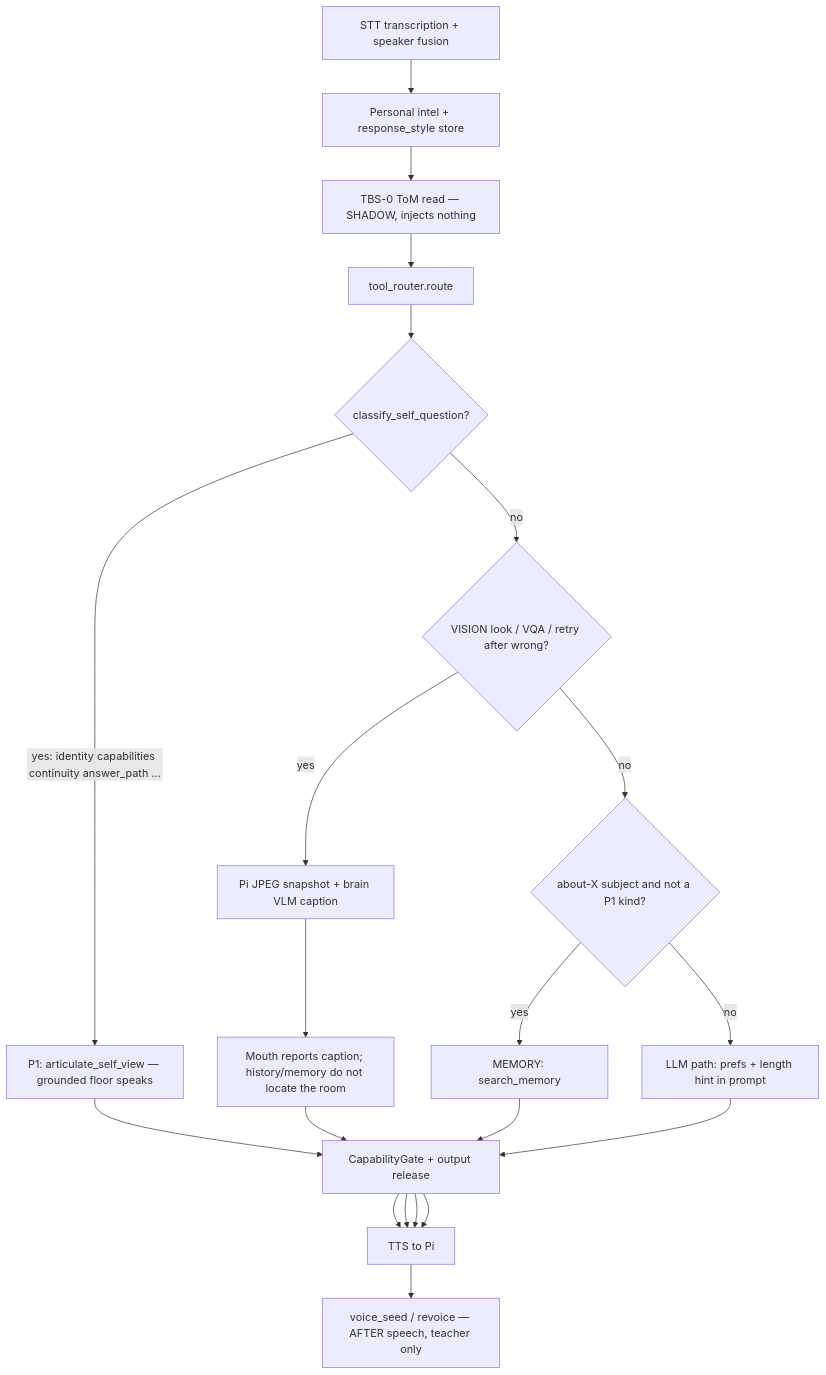
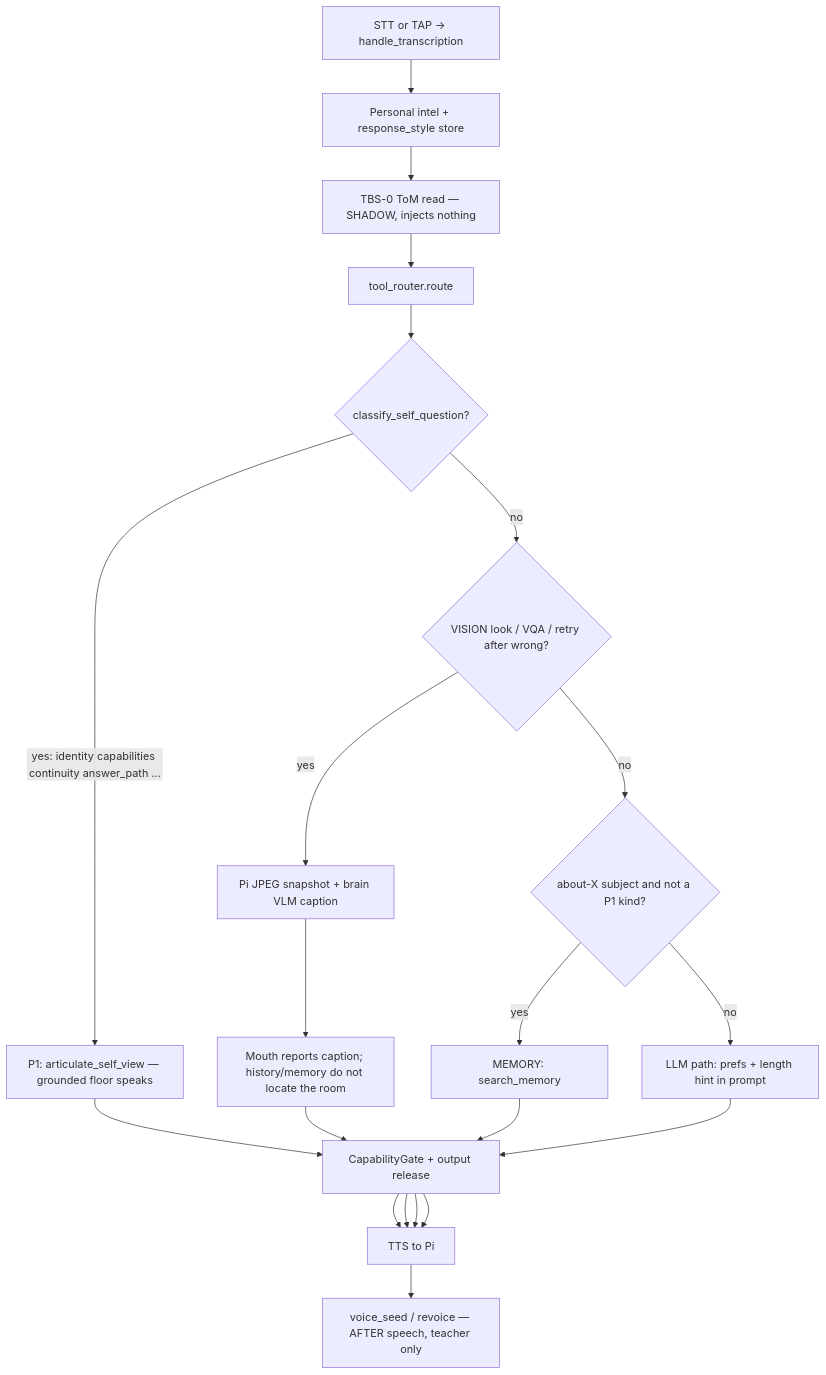
One commit to Nimdy/jarvis-oracle-edition changed the second of 4 diagrams in docs/AGENT_MAP.md. Above: the diagram before and after it, drawn with Mermaid. The commit also changed other lines of this file and 48 other files, not shown here.

````diff
--- a/docs/AGENT_MAP.md
+++ b/docs/AGENT_MAP.md
@@ -57,30 +70,30 @@
 ```mermaid
 flowchart TD
-  stt[STT transcription + speaker fusion]
+  stt["STT or TAP → handle_transcription"]
   intel[Personal intel + response_style store]
   tbs["TBS-0 ToM read — SHADOW, injects nothing"]
   router[tool_router.route]
   p1{classify_self_question?}
   vis{VISION look / VQA / retry after wrong?}
   about{about-X subject and not a P1 kind?}
   osv[P1: articulate_self_view — grounded floor speaks]
   eyes["Pi JPEG snapshot + brain VLM caption"]
   visSpeak[Mouth reports caption; history/memory do not locate the room]
   mem[MEMORY: search_memory]
   llm[LLM path: prefs + length hint in prompt]
   gate[CapabilityGate + output release]
   speak[TTS to Pi]
   seed["voice_seed / revoice — AFTER speech, teacher only"]
 
   stt --> intel --> tbs --> router --> p1
   p1 -->|yes: identity capabilities continuity answer_path ...| osv
   p1 -->|no| vis
   vis -->|yes| eyes --> visSpeak
   vis -->|no| about
   about -->|yes| mem
   about -->|no| llm
   osv --> gate --> speak --> seed
   visSpeak --> gate --> speak
   mem --> gate --> speak
   llm --> gate --> speak
 ```
````
